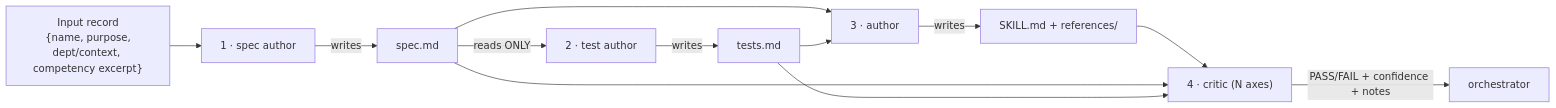
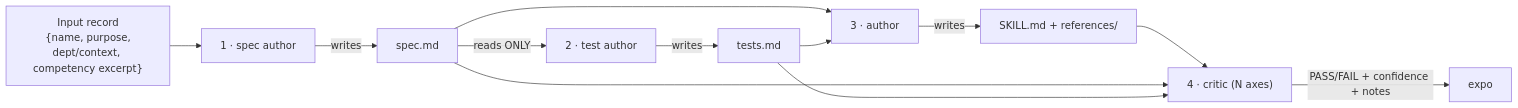
The second of 3 diagrams in plugins/skill-agent-brigade/README.md (RayDataCo/ray-plugins), drawn with Mermaid before and after one commit. The commit also changed other lines of this file and 11 other files, not shown here.

First line of the commit message:
Brigade vocab: rename to station/pass/expo/rail + add deterministic lint axis to the critic

````diff
--- a/plugins/skill-agent-brigade/README.md
+++ b/plugins/skill-agent-brigade/README.md
@@ -37,14 +38,14 @@
 ```mermaid
 flowchart LR
   IN["Input record<br/>{name, purpose,<br/>dept/context, competency excerpt}"] --> SPEC["1 · spec author"]
   SPEC -->|writes| SPECF["spec.md"]
   SPECF -->|"reads ONLY"| TEST["2 · test author"]
   TEST -->|writes| TESTF["tests.md"]
   SPECF --> AUTH["3 · author"]
   TESTF --> AUTH
   AUTH -->|writes| SKILLF["SKILL.md + references/"]
   SKILLF --> CRIT["4 · critic (N axes)"]
   SPECF --> CRIT
   TESTF --> CRIT
-  CRIT -->|"PASS/FAIL + confidence + notes"| ORCH2["orchestrator"]
+  CRIT -->|"PASS/FAIL + confidence + notes"| ORCH2["expo"]
 ```
````
